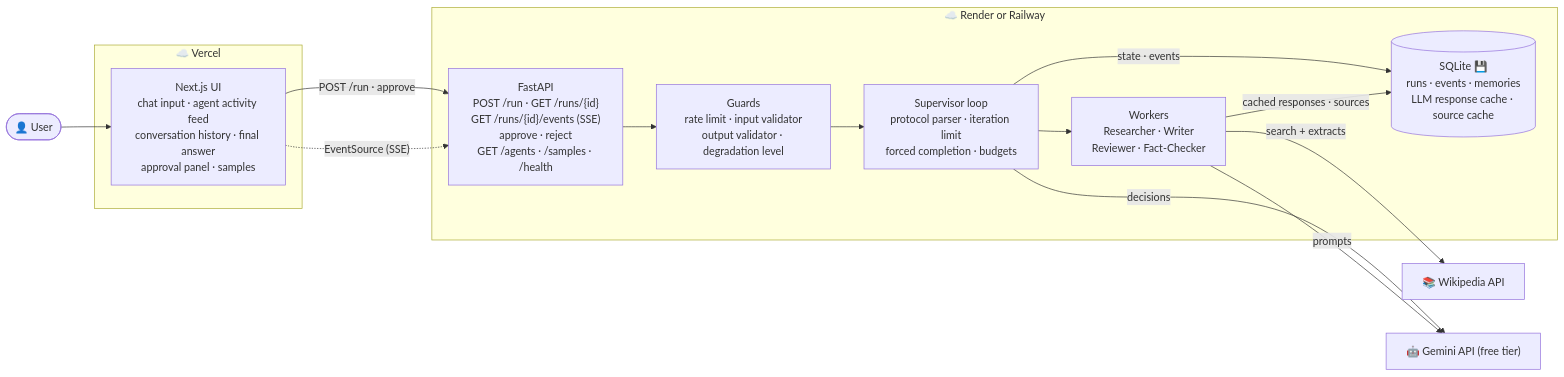
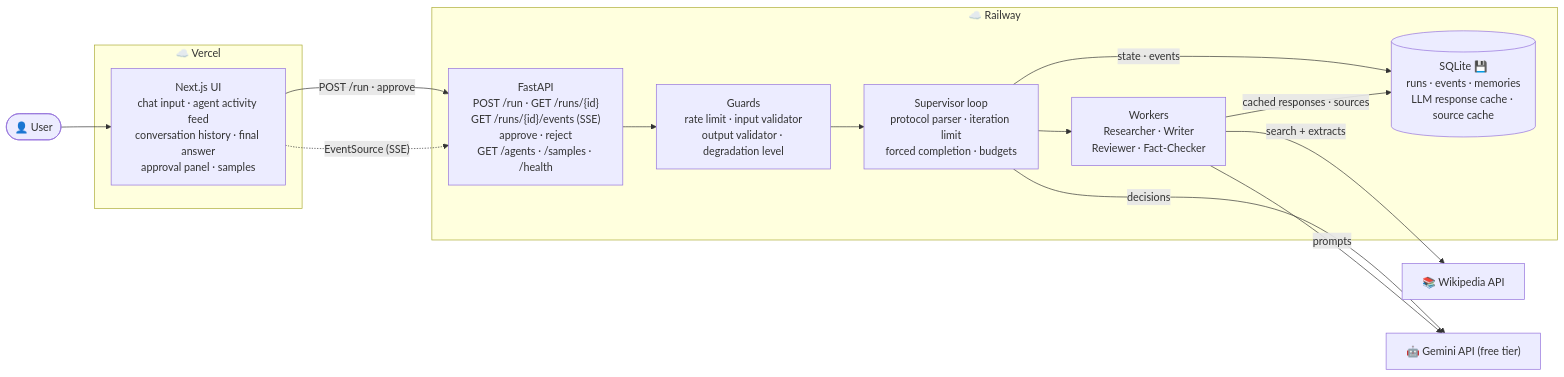
One commit to RodrigoDamasio/TA_Module5 changed the first of 4 diagrams in Lab_module5/PLAN.md. Above: the diagram before and after it, drawn with Mermaid. The commit also changed other lines of this file, not shown here.

Commit message:
Plan: Wikipedia for research, Railway service in the Module 4 project

````diff
--- a/Lab_module5/PLAN.md
+++ b/Lab_module5/PLAN.md
@@ -33,29 +33,29 @@
 ```mermaid
 flowchart LR
     user(["👤 User"])
 
     subgraph vercel["☁️ Vercel"]
         fe["Next.js UI<br/>chat input · agent activity feed<br/>conversation history · final answer<br/>approval panel · samples"]
     end
 
-    subgraph host["☁️ Render or Railway"]
+    subgraph host["☁️ Railway"]
         api["FastAPI<br/>POST /run · GET /runs/{id}<br/>GET /runs/{id}/events (SSE)<br/>approve · reject<br/>GET /agents · /samples · /health"]
         sup["Supervisor loop<br/>protocol parser · iteration limit<br/>forced completion · budgets"]
         workers["Workers<br/>Researcher · Writer<br/>Reviewer · Fact-Checker"]
         guards["Guards<br/>rate limit · input validator<br/>output validator · degradation level"]
         db[("SQLite 💾<br/>runs · events · memories<br/>LLM response cache · source cache")]
     end
 
     wiki["📚 Wikipedia API"]
     gemini["🤖 Gemini API (free tier)"]
 
     user --> fe
     fe -- "POST /run · approve" --> api
     fe -. "EventSource (SSE)" .-> api
     api --> guards --> sup --> workers
     sup -- "decisions" --> gemini
     workers -- "prompts" --> gemini
     workers -- "search + extracts" --> wiki
     sup -- "state · events" --> db
     workers -- "cached responses · sources" --> db
 ```
````
